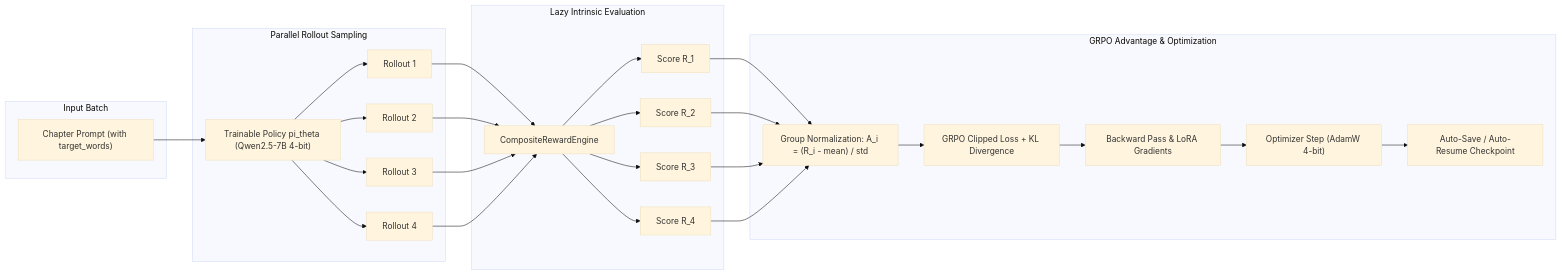
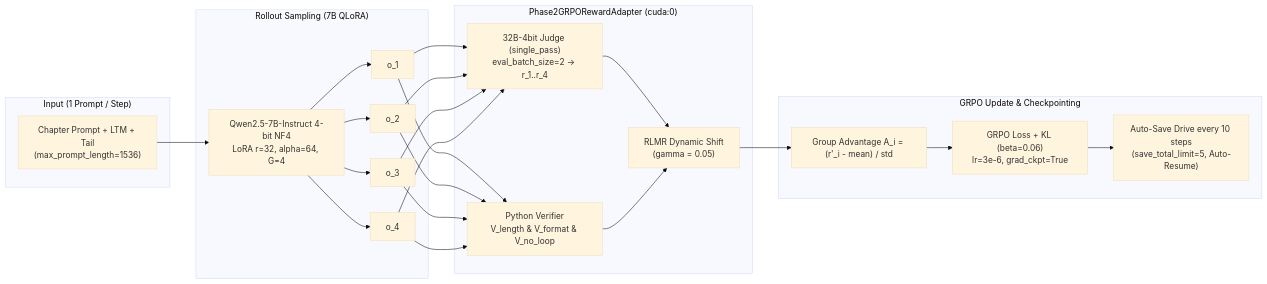
One commit to AIVIETNAM-AIO-TruongDogki/MA_GRPO changed the second of 2 diagrams in architecture.md. Above: the diagram before and after it, drawn with Mermaid (base theme). The commit also changed other lines of this file and 1 other file, not shown here.

Commit message:
docs: update architecture.md and README.md for Condition D + Phase 2 Minimal Orthogonal RLMR (gamma=0.05) pipeline

````diff
--- a/architecture.md
+++ b/architecture.md
@@ -160,30 +158,23 @@
 ```mermaid
 graph LR
-    subgraph INPUT ["Input Batch"]
-        Prompt["Chapter Prompt (with target_words)"]
+    subgraph BATCH ["Input (1 Prompt / Step)"]
+        Prompt["Chapter Prompt + LTM + Tail<br/>(max_prompt_length=1536)"]
     end
 
-    subgraph SAMPLING ["Parallel Rollout Sampling"]
-        Prompt --> Policy["Trainable Policy pi_theta (Qwen2.5-7B 4-bit)"]
-        Policy --> G1["Rollout 1"]
-        Policy --> G2["Rollout 2"]
-        Policy --> G3["Rollout 3"]
-        Policy --> G4["Rollout 4"]
+    subgraph GEN ["Rollout Sampling (7B QLoRA)"]
+        Prompt --> Policy["Qwen2.5-7B-Instruct 4-bit NF4<br/>LoRA r=32, alpha=64, G=4"]
+        Policy --> G1["o_1"] & G2["o_2"] & G3["o_3"] & G4["o_4"]
     end
 
-    subgraph EVALUATION ["Lazy Intrinsic Evaluation"]
-        G1 & G2 & G3 & G4 --> Engine["CompositeRewardEngine"]
-        Engine --> R1["Score R_1"]
-        Engine --> R2["Score R_2"]
-        Engine --> R3["Score R_3"]
-        Engine --> R4["Score R_4"]
+    subgraph SCORE ["Phase2GRPORewardAdapter (cuda:0)"]
+        G1 & G2 & G3 & G4 --> Judge["32B-4bit Judge (single_pass)<br/>eval_batch_size=2 -> r_1..r_4"]
+        G1 & G2 & G3 & G4 --> PyV["Python Verifier<br/>V_length &amp; V_format &amp; V_no_loop"]
+        Judge & PyV --> Shift["RLMR Dynamic Shift<br/>(gamma = 0.05)"]
     end
 
-    subgraph ADVANTAGE ["GRPO Advantage & Optimization"]
-        R1 & R2 & R3 & R4 --> NormAdv["Group Normalization: A_i = (R_i - mean) / std"]
-        NormAdv --> Loss["GRPO Clipped Loss + KL Divergence"]
-        Loss --> Backprop["Backward Pass & LoRA Gradients"]
-        Backprop --> Update["Optimizer Step (AdamW 4-bit)"]
-        Update --> Checkpoint["Auto-Save / Auto-Resume Checkpoint"]
+    subgraph OPT ["GRPO Update & Checkpointing"]
+        Shift --> Adv["Group Advantage A_i = (r'_i - mean) / std"]
+        Adv --> Loss["GRPO Loss + KL (beta=0.06)<br/>lr=3e-6, grad_ckpt=True"]
+        Loss --> Save["Auto-Save Drive every 10 steps<br/>(save_total_limit=5, Auto-Resume)"]
     end
 ```
````
